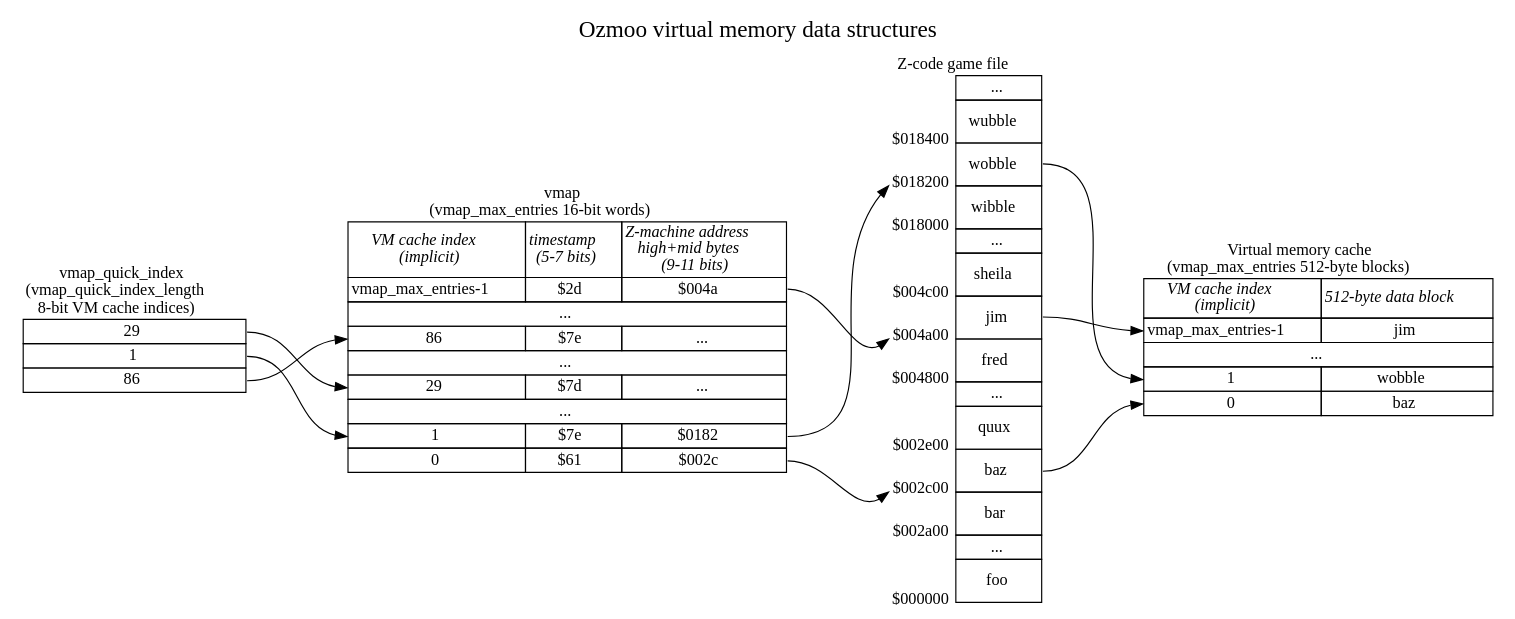
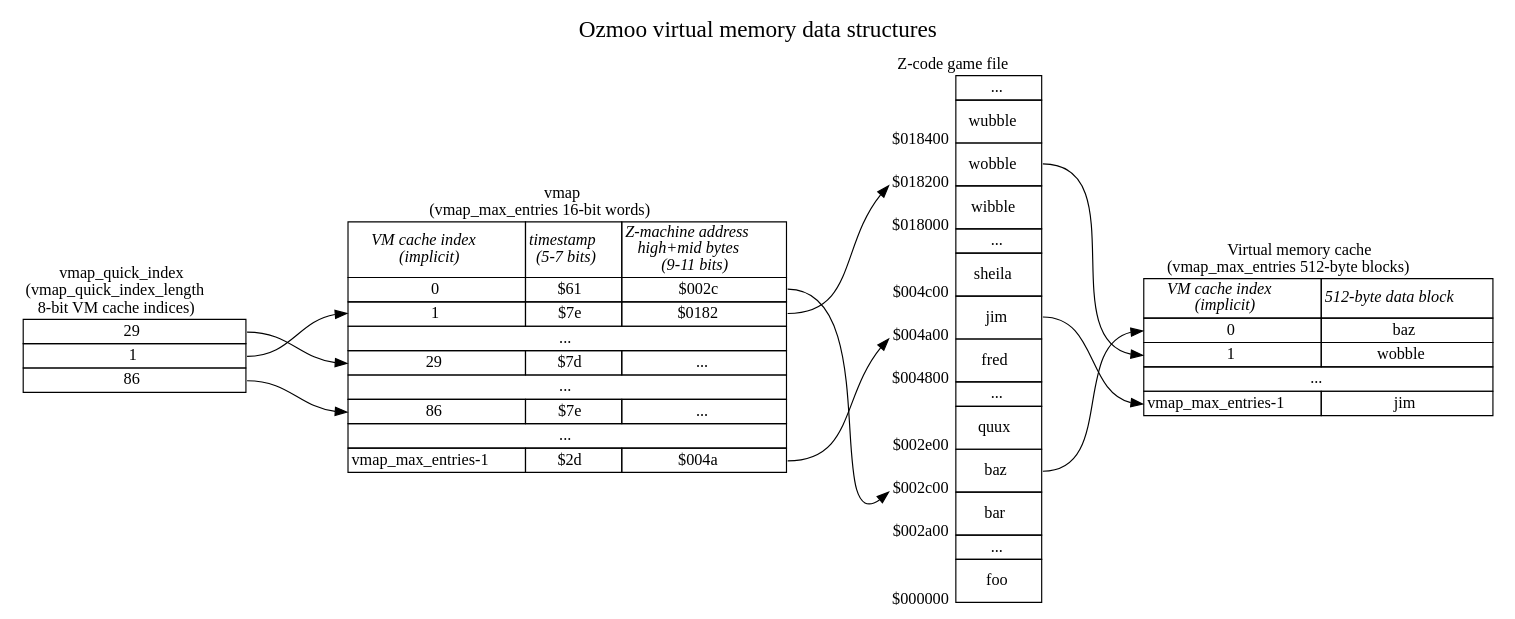
One commit to ZornsLemma/ozmoo changed the diagram in documentation/techdocs/vm-data-structures.dot. Above: the diagram before and after it, drawn with Graphviz. The commit also changed other lines of this file, not shown here.

```diff
--- a/documentation/techdocs/vm-data-structures.dot
+++ b/documentation/techdocs/vm-data-structures.dot
@@ -1,144 +1,144 @@
 digraph memory {
     graph [nodesep=1, label="Ozmoo virtual memory data structures", fontsize=20, labelloc=t];
     forcelabels=true;
     node [shape=plaintext];
 
     vmcache [label=<
     <table border="0" cellborder="1" cellspacing="0">
         <!-- SFTODO: could label start of this chunk of memory vmap_first_ram_page -->
         <tr><td colspan="2" border="0">Virtual memory cache<br/>(vmap_max_entries 512-byte blocks)</td></tr>
                     <tr>
                         <td><i>VM cache index<br/>(implicit)</i></td>
                         <td><i>512-byte data block</i></td>
                     </tr>
                     <tr>
-                        <td port="jim">vmap_max_entries-1</td>
-                        <td>jim</td>
+                        <td port="baz">0</td>
+                        <td>baz</td>
                     </tr>
-                    <tr><td colspan="2">...</td></tr>
                     <tr>
                         <td port="wobble">1</td>
                         <td>wobble</td>
                     </tr>
+                    <tr><td colspan="2">...</td></tr>
                     <tr>
-                        <td port="baz">0</td>
-                        <td>baz</td>
+                        <td port="jim">vmap_max_entries-1</td>
+                        <td>jim</td>
                     </tr>
     </table>>];
 
     vmap [label=<
     <table border="0" cellborder="1" cellspacing="0">
         <tr><td colspan="3" border="0">vmap<br/>(vmap_max_entries 16-bit words)</td></tr>
         <tr>
             <td><i>VM cache index<br/>(implicit)</i></td>
             <td><i>timestamp<br/>(5-7 bits)</i></td>
             <td><i>Z-machine address<br/>high+mid bytes<br/>(9-11 bits)</i></td>
         </tr>
-        <tr><td>vmap_max_entries-1</td><td>$2d</td><td port="z004a">$004a</td></tr>
+        <tr><td>0</td><td>$61</td><td port="z002c">$002c</td></tr>
+        <tr><td port="1">1</td><td>$7e</td><td port="z0182">$0182</td></tr>
+        <tr><td colspan="3">...</td></tr>
+        <tr><td port="29">29</td><td>$7d</td><td>...</td></tr>
         <tr><td colspan="3">...</td></tr>
         <tr><td port="86">86</td><td>$7e</td><td>...</td></tr>
         <tr><td colspan="3">...</td></tr>
-        <tr><td port="29">29</td><td>$7d</td><td>...</td></tr>
-        <tr><td colspan="3">...</td></tr>
-        <tr><td port="1">1</td><td>$7e</td><td port="z0182">$0182</td></tr>
-        <tr><td>0</td><td>$61</td><td port="z002c">$002c</td></tr>
+        <tr><td>vmap_max_entries-1</td><td>$2d</td><td port="z004a">$004a</td></tr>
     </table>>];
 
     zmachine [label=<
     <table border="0" cellspacing="0">
         <tr>
             <td colspan="2" border="0">Z-code game file</td>
         </tr>
         <tr>
             <td></td>
             <td border="1">...</td>
         </tr>
         <tr>
             <td valign="bottom"><sub>$018400</sub></td>
             <td border="1" cellpadding="10"><!-- Z-code: -->wubble</td>
         </tr>
         <tr>
             <td port="z0182" valign="bottom"><sub>$018200</sub></td>
             <td port="wobble" border="1" cellpadding="10"><!-- Z-code: -->wobble</td>
         </tr>
         <tr>
             <td valign="bottom"><sub>$018000</sub></td>
             <td border="1" cellpadding="10"><!-- Z-code: -->wibble</td>
         </tr>
         <tr>
             <td></td>
             <td border="1">...</td>
         </tr>
         <tr>
             <td valign="bottom"><sub>$004c00</sub></td>
             <td border="1" cellpadding="10"><!-- Z-code: -->sheila</td>
         </tr>
         <tr>
             <td port="z004a" valign="bottom"><sub>$004a00</sub></td>
             <td port="jim" border="1" cellpadding="10"><!-- Z-code: -->jim</td>
         </tr>
         <tr>
             <td valign="bottom"><sub>$004800</sub></td>
             <td border="1" cellpadding="10"><!-- Z-code: -->fred</td>
         </tr>
         <tr>
             <td></td>
             <td border="1">...</td>
         </tr>
         <tr>
             <td valign="bottom"><sub>$002e00</sub></td>
             <td border="1" cellpadding="10"><!-- Z-code: -->quux</td>
         </tr>
         <tr>
             <td port="z002c" valign="bottom"><sub>$002c00</sub></td>
             <td port="baz" border="1" cellpadding="10"><!-- Z-code: -->baz</td>
         </tr>
         <tr>
             <td valign="bottom"><sub>$002a00</sub></td>
             <td border="1" cellpadding="10"><!-- Z-code: -->bar</td>
         </tr>
         <tr>
             <td></td>
             <td border="1">...</td>
         </tr>
         <tr>
             <td valign="bottom"><sub>$000000</sub></td>
             <td border="1" cellpadding="10"><!-- Z-code: -->foo</td>
         </tr>
     </table>>];
 
     quickindex [label=<
     <table border="0" cellborder="1" cellspacing="0">
         <tr><td border="0">vmap_quick_index<br/>(vmap_quick_index_length<br/>8-bit VM cache indices)</td></tr>
         <tr><td port="29">29</td></tr>
         <tr><td port="1">1</td></tr>
         <tr><td port="86">86</td></tr>
     </table>>];
 
     # vmapnextquickindex [label="vmap_next_quick_index"];
 
     {rank = same; quickindex vmap zmachine vmcache};
 
     vmap:z004a:e -> zmachine:z004a:sw;
     vmap:z002c:e -> zmachine:z002c:sw;
     vmap:z0182:e -> zmachine:z0182:sw;
 
     zmachine:jim:e -> vmcache:jim:w;
     zmachine:wobble:e -> vmcache:wobble:w;
     zmachine:baz:e -> vmcache:baz:w;
 
     quickindex:1:e -> vmap:1:w;
     quickindex:29:e -> vmap:29:w;
     quickindex:86:e -> vmap:86:w;
 
     # vmapnextquickindex -> quickindex:29:w;
 }
 
 # Note that:
 # - Multiple vmap entries can share the same timestamp (as entries 1 and 86 do here), because the tick is only advanced when a block is fetched from disc but a vmap entry's timestamp is set to the current tick every time it's accessed.
 # - In general, to see if block $abcd00 is in RAM already, it's necessary to do a linear search of the whole of vmap for an entry containing the value $abcd.
 # - The vmap_quick_index entries point to the mostly recently accessed entries in vmap, and therefore those entries have the most recent timestamps in vmap. These entries are checked first to see if they are the block of interest, avoiding the need to do a linear search of the whole of vmap a lot of the time.
 # - Virtual memory blocks are always double-page-aligned, so the Z-machine address $abcd in vmap will normally have the least significant bit clear.
 # - The low and high bytes of each vmap entry are actually stored separately, at vmap_z_l and vmap_z_h respectively. This avoids the need to double-increment index registers to step through the entries. On the Acorn port, this also means we can have ~256 vmap entries accessed using index registers.
 
 # vi: sw=4 sts=4
```
